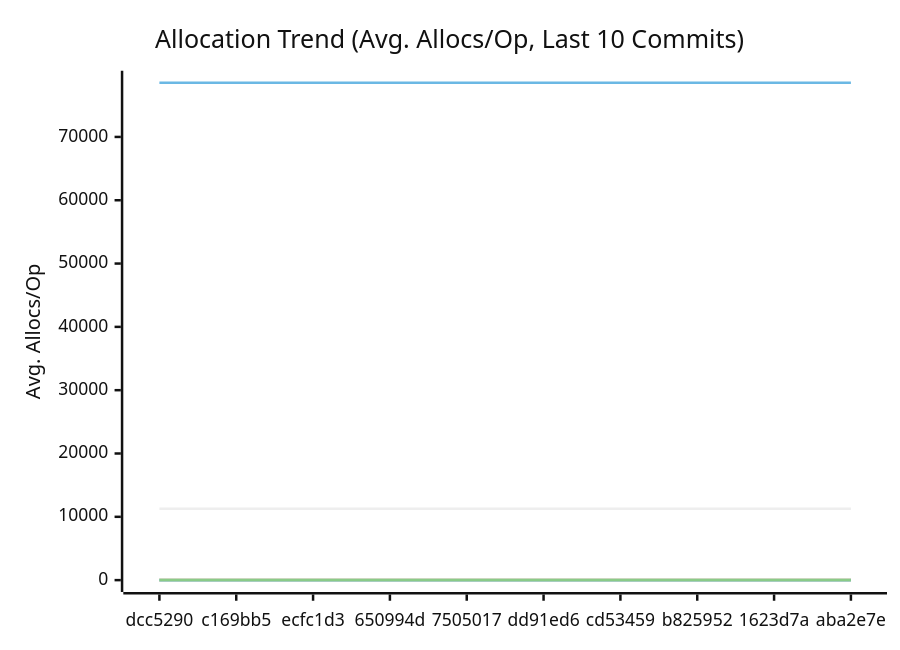
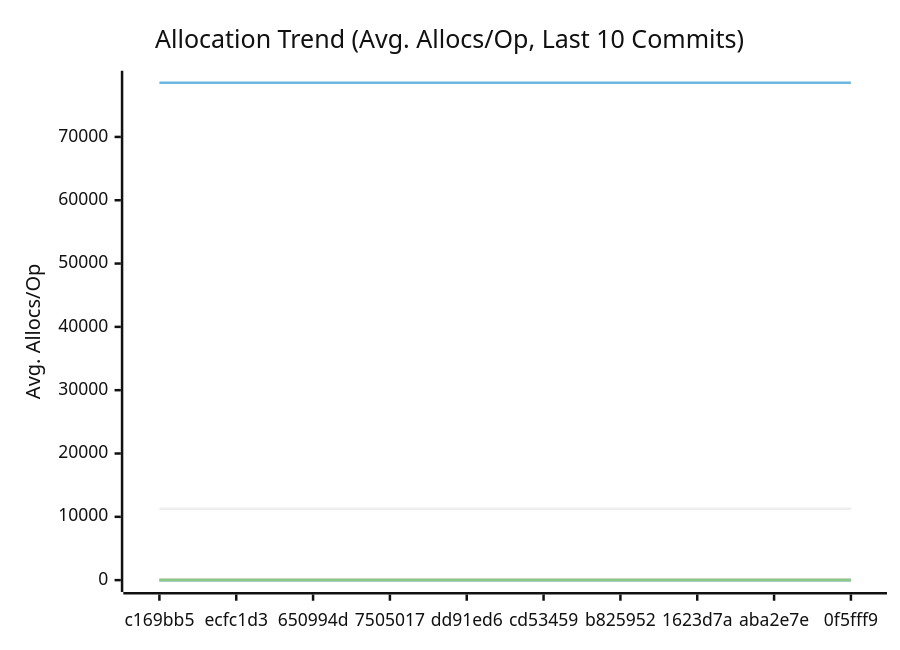
The third of 3 diagrams in docs/PERFORMANCE.md (alsotoes/momo), drawn with Mermaid (neutral theme) before and after one commit. The commit also changed other lines of this file and 3 other files, not shown here.

````diff
--- a/docs/PERFORMANCE.md
+++ b/docs/PERFORMANCE.md
@@ -197,20 +197,20 @@
 ```mermaid
 xychart-beta
     title "Allocation Trend (Avg. Allocs/Op, Last 10 Commits)"
     x-axis "Commit"
     y-axis "Avg. Allocs/Op"
-    x-axis [dcc5290,c169bb5,ecfc1d3,650994d,7505017,dd91ed6,cd53459,b825952,1623d7a,aba2e7e]
-    line "AWSChunkedReaderSigned" [11270,11276,11273,11274,11278,11271,11265,11282,11278,11284]
-    line "AWSChunkedReaderUnsigned" [78559,78564,78563,78571,78563,78564,78564,78577,78562,78561]
+    x-axis [c169bb5,ecfc1d3,650994d,7505017,dd91ed6,cd53459,b825952,1623d7a,aba2e7e,0f5fff9]
+    line "AWSChunkedReaderSigned" [11276,11273,11274,11278,11271,11265,11282,11278,11284,11272]
+    line "AWSChunkedReaderUnsigned" [78564,78563,78571,78563,78564,78564,78577,78562,78561,78569]
     line "CheckMetricsAndSwap" [0,0,0,0,0,0,0,0,0,0]
     line "CrushOptimized" [0,0,0,0,0,0,0,0,0,0]
     line "CrushOriginal" [3,3,3,3,3,3,3,3,3,3]
     line "IndexDirectTracking" [0,0,0,0,0,0,0,0,0,0]
     line "IndexSearch" [0,0,0,0,0,0,0,0,0,0]
     line "LoadGlobalConfig" [54,54,54,54,54,54,54,54,54,54]
     line "PadString" [1,1,1,1,1,1,1,1,1,1]
     line "ParseReplicationOrder_NoPrealloc" [6,6,6,6,6,5,5,5,5,5]
     line "ParseReplicationOrder_Prealloc" [2,2,2,2,2,1,1,1,1,1]
     line "SanitizeLog/Safe" [0,0,0,0,0,0,0,0,0,0]
     line "SanitizeLog/Unsafe" [1,1,1,1,1,1,1,1,1,1]
 ```
````
